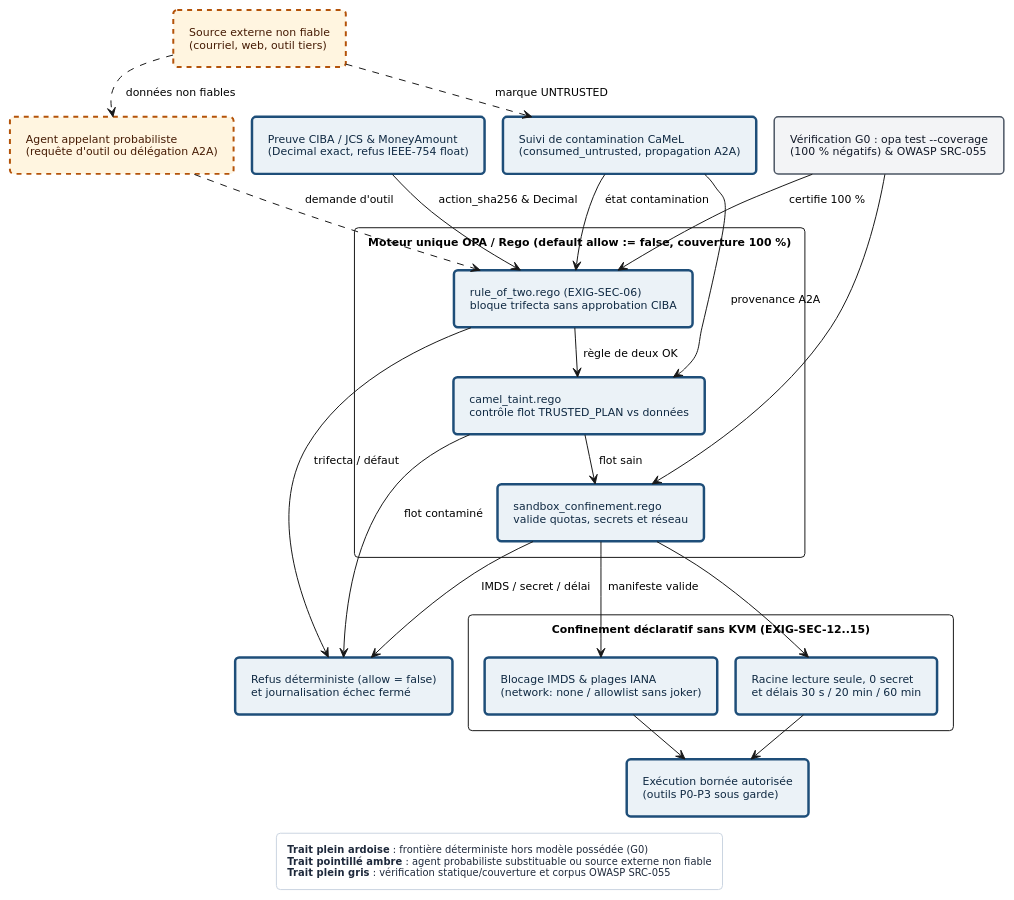
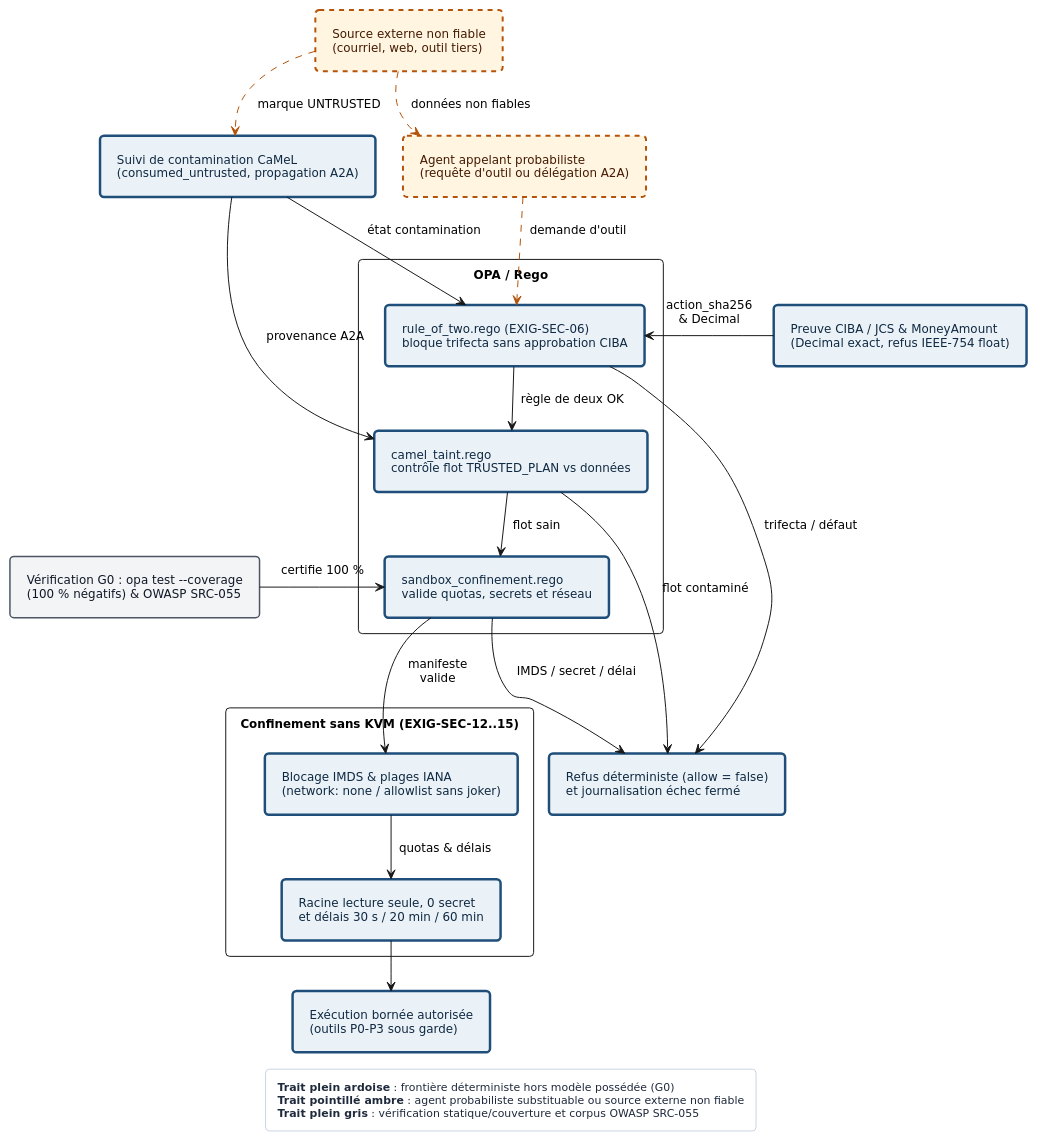
Before and after one commit to agbruneau/Agentique: the diagram in 8 - Manuel/diagrammes/Fig-05.puml, drawn with PlantUML. The commit also changed 42 other files, not shown here.

```diff
--- a/8 - Manuel/diagrammes/Fig-05.puml
+++ b/8 - Manuel/diagrammes/Fig-05.puml
@@ -1,99 +1,96 @@
 @startuml
 <style>
 document {
   BackgroundColor #FFFFFF
 }
 .det {
   BackgroundColor #EBF2F7
   LineColor #1E4E79
   LineThickness 2.5
   FontColor #0F2942
 }
 .prob {
   BackgroundColor #FFF5E0
   LineColor #B45309
   LineThickness 2.0
   LineStyle 5
   FontColor #451A03
 }
 .ext {
   BackgroundColor #F3F4F6
   LineColor #4B5563
   LineThickness 1.5
   FontColor #111827
 }
 package {
   BackgroundColor #F8FAFC
   LineColor #64748B
   LineThickness 1.2
   FontColor #334155
 }
 legend {
   BackgroundColor #FFFFFF
   LineColor #CBD5E1
   FontColor #1E293B
-  FontSize 10
+  FontSize 11
 }
 </style>
 hide stereotype
 top to bottom direction
 skinparam defaultFontName "DejaVu Sans"
-skinparam defaultFontSize 11
+skinparam defaultFontSize 12
 skinparam shadowing false
 skinparam roundcorner 8
 skinparam packageStyle rectangle
-skinparam nodesep 18
-skinparam ranksep 24
-skinparam padding 6
+skinparam nodesep 28
+skinparam ranksep 36
+skinparam padding 7
 
 rectangle "Source externe non fiable\n(courriel, web, outil tiers)" as EXT_IN <<prob>>
 rectangle "Agent appelant probabiliste\n(requête d'outil ou délégation A2A)" as AGT <<prob>>
 rectangle "Suivi de contamination CaMeL\n(consumed_untrusted, propagation A2A)" as TAINT <<det>>
 rectangle "Preuve CIBA / JCS & MoneyAmount\n(Decimal exact, refus IEEE-754 float)" as CIBA_IN <<det>>
 
-package "Moteur unique OPA / Rego (default allow := false, couverture 100 %)" {
+package "OPA / Rego" {
   rectangle "rule_of_two.rego (EXIG-SEC-06)\nbloque trifecta sans approbation CIBA" as R2 <<det>>
   rectangle "camel_taint.rego\ncontrôle flot TRUSTED_PLAN vs données" as CML <<det>>
   rectangle "sandbox_confinement.rego\nvalide quotas, secrets et réseau" as SBX_R <<det>>
 }
 
 rectangle "Vérification G0 : opa test --coverage\n(100 % négatifs) & OWASP SRC-055" as OPA_CI <<ext>>
 rectangle "Refus déterministe (allow = false)\net journalisation échec fermé" as DENY <<det>>
 
-package "Confinement déclaratif sans KVM (EXIG-SEC-12..15)" {
+package "Confinement sans KVM (EXIG-SEC-12..15)" {
   rectangle "Blocage IMDS & plages IANA\n(network: none / allowlist sans joker)" as NET <<det>>
   rectangle "Racine lecture seule, 0 secret\net délais 30 s / 20 min / 60 min" as LIM <<det>>
 }
 
 rectangle "Exécution bornée autorisée\n(outils P0–P3 sous garde)" as ALLOW <<det>>
 
-EXT_IN ..> AGT : données non fiables
-EXT_IN ..> TAINT : marque UNTRUSTED
-AGT ..> R2 : demande d'outil
-CIBA_IN --> R2 : action_sha256 & Decimal
+EXT_IN .[#B45309].> AGT : données non fiables
+EXT_IN .[#B45309].> TAINT : marque UNTRUSTED
+AGT .[#B45309].> R2 : demande d'outil
+CIBA_IN -right-> R2 : action_sha256\n& Decimal
 TAINT --> R2 : état contamination
 TAINT --> CML : provenance A2A
 R2 --> CML : règle de deux OK
 CML --> SBX_R : flot sain
 R2 --> DENY : trifecta / défaut
 CML --> DENY : flot contaminé
 SBX_R --> DENY : IMDS / secret / délai
-SBX_R --> NET : manifeste valide
-SBX_R --> LIM
-NET --> ALLOW
+SBX_R --> NET : manifeste\nvalide
+NET --> LIM : quotas & délais
 LIM --> ALLOW
-OPA_CI --> R2 : certifie 100 %
-OPA_CI --> SBX_R
+OPA_CI -left-> SBX_R : certifie 100 %
 
 EXT_IN -[hidden]right-> AGT
-CIBA_IN -[hidden]right-> TAINT
+CIBA_IN -[hidden]right-> R2
 TAINT -[hidden]right-> OPA_CI
 DENY -[hidden]right-> NET
-NET -[hidden]right-> LIM
 
 legend bottom
   **Trait plein ardoise** : frontière déterministe hors modèle possédée (G0)
   **Trait pointillé ambre** : agent probabiliste substituable ou source externe non fiable
   **Trait plein gris** : vérification statique/couverture et corpus OWASP SRC-055
 end legend
 @enduml
```
